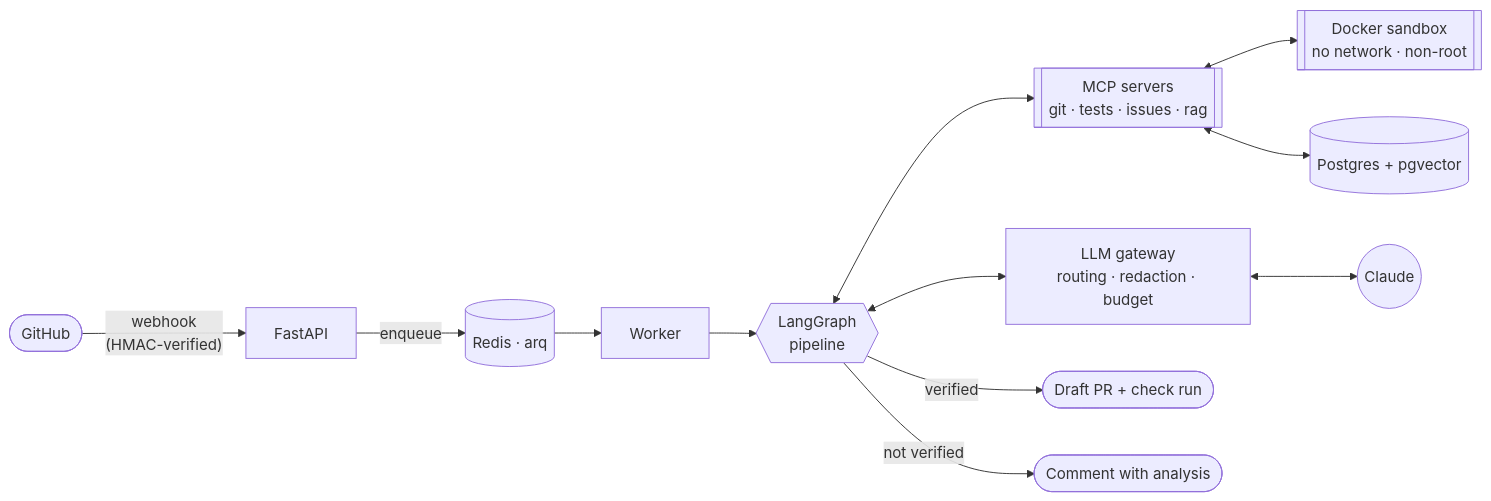
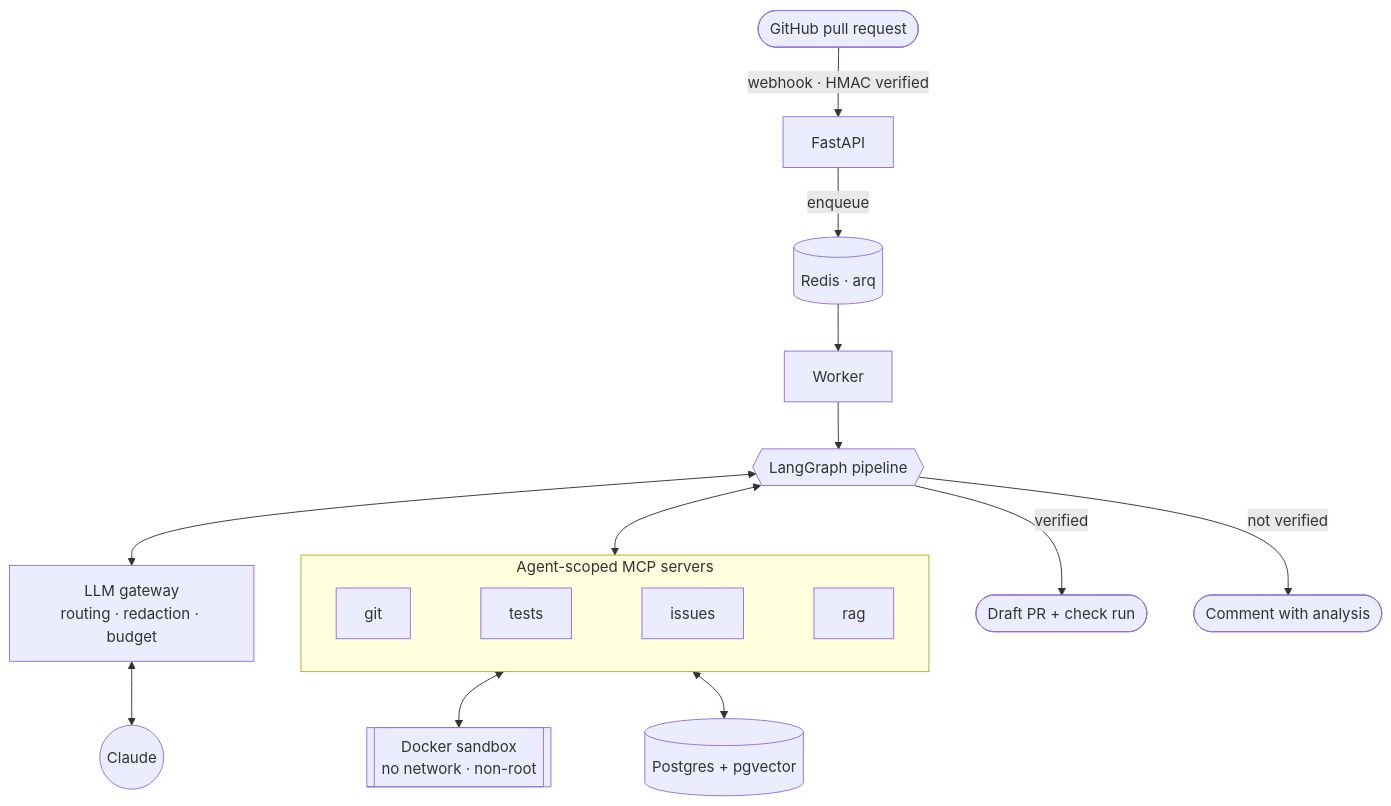
The first of 3 diagrams in README.md (vedant-1807/ai-merge-conflict-resolver), drawn with Mermaid before and after one commit. The commit also changed other lines of this file, not shown here.

Commit message:
README: top-down diagrams for readability

````diff
--- a/README.md
+++ b/README.md
@@ -42,14 +42,18 @@
 ```mermaid
-flowchart LR
-    GH([GitHub]) -- "webhook<br/>(HMAC-verified)" --> API[FastAPI]
-    API -- enqueue --> Q[(Redis · arq)]
-    Q --> W[Worker]
-    W --> G{{LangGraph<br/>pipeline}}
-    G <--> MCP[["MCP servers<br/>git · tests · issues · rag"]]
+flowchart TB
+    GH(["GitHub pull request"]) -->|"webhook · HMAC verified"| API["FastAPI"]
+    API -->|enqueue| Q[("Redis · arq")]
+    Q --> W["Worker"]
+    W --> G{{"LangGraph pipeline"}}
+    subgraph tools ["Agent-scoped MCP servers"]
+        direction LR
+        T1["git"] ~~~ T2["tests"] ~~~ T3["issues"] ~~~ T4["rag"]
+    end
+    G <--> tools
     G <--> LLM["LLM gateway<br/>routing · redaction · budget"]
-    LLM <--> C((Claude))
-    MCP <--> SB[["Docker sandbox<br/>no network · non-root"]]
-    MCP <--> PG[(Postgres + pgvector)]
-    G -- "verified" --> PR([Draft PR + check run])
-    G -- "not verified" --> CM([Comment with analysis])
+    LLM <--> C(("Claude"))
+    T2 <--> SB[["Docker sandbox<br/>no network · non-root"]]
+    T4 <--> PG[("Postgres + pgvector")]
+    G -->|verified| PR(["Draft PR + check run"])
+    G -->|not verified| CM(["Comment with analysis"])
 ```
````
